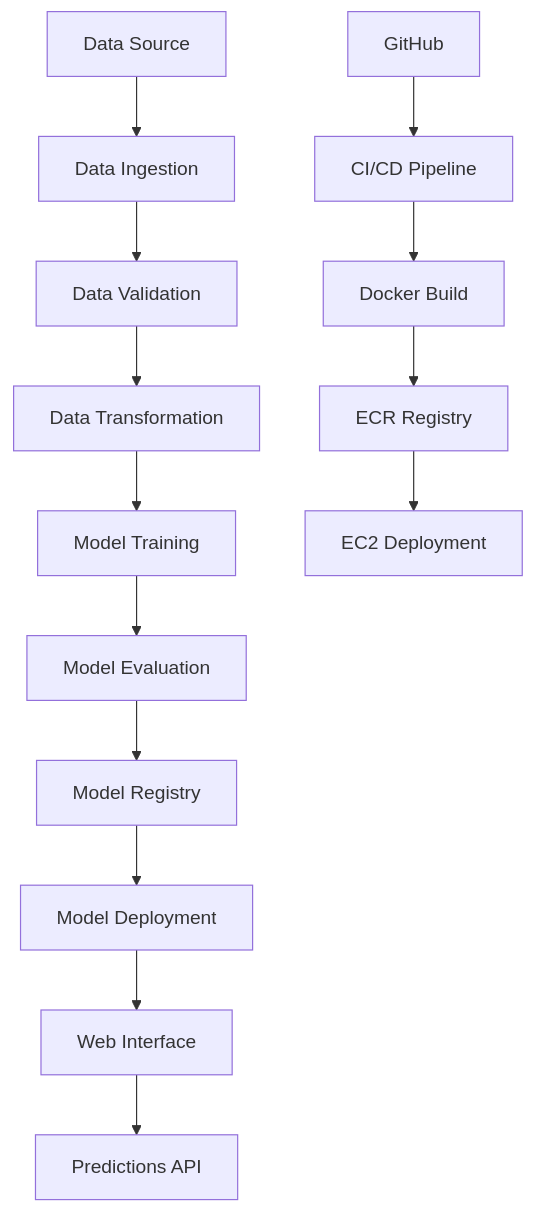
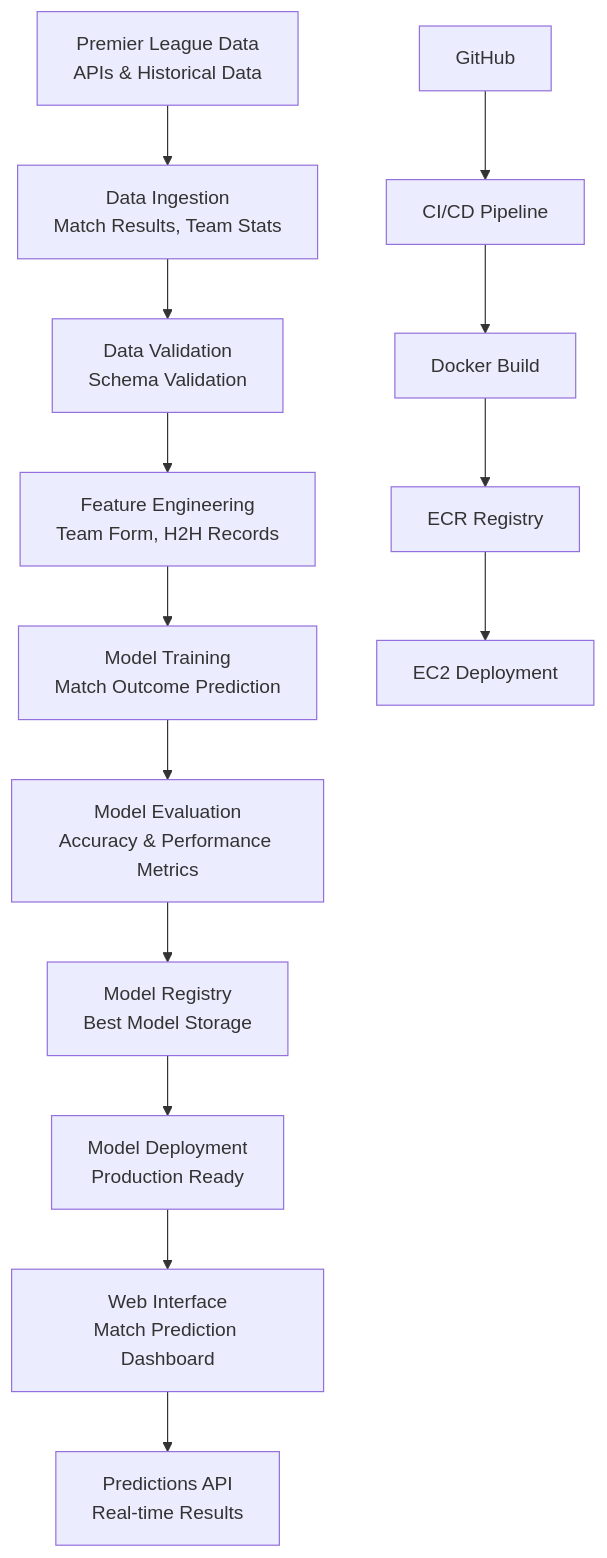
The diagram in README.md (SerhatKaraman0/football-match-prediction), drawn with Mermaid before and after one commit. The commit also changed other lines of this file and 12 other files, not shown here.

Commit message:
feature: data seperated into divisions and updated readme

````diff
--- a/README.md
+++ b/README.md
@@ -37,17 +36,17 @@
 ```mermaid
 graph TB
-    A[Data Source] --> B[Data Ingestion]
-    B --> C[Data Validation]
-    C --> D[Data Transformation]
-    D --> E[Model Training]
-    E --> F[Model Evaluation]
-    F --> G[Model Registry]
-    G --> H[Model Deployment]
-    H --> I[Web Interface]
-    I --> J[Predictions API]
+    A[Premier League Data<br/>APIs & Historical Data] --> B[Data Ingestion<br/>Match Results, Team Stats]
+    B --> C[Data Validation<br/>Schema Validation]
+    C --> D[Feature Engineering<br/>Team Form, H2H Records]
+    D --> E[Model Training<br/>Match Outcome Prediction]
+    E --> F[Model Evaluation<br/>Accuracy & Performance Metrics]
+    F --> G[Model Registry<br/>Best Model Storage]
+    G --> H[Model Deployment<br/>Production Ready]
+    H --> I[Web Interface<br/>Match Prediction Dashboard]
+    I --> J[Predictions API<br/>Real-time Results]
     
     K[GitHub] --> L[CI/CD Pipeline]
     L --> M[Docker Build]
     M --> N[ECR Registry]
     N --> O[EC2 Deployment]
 ```
````
